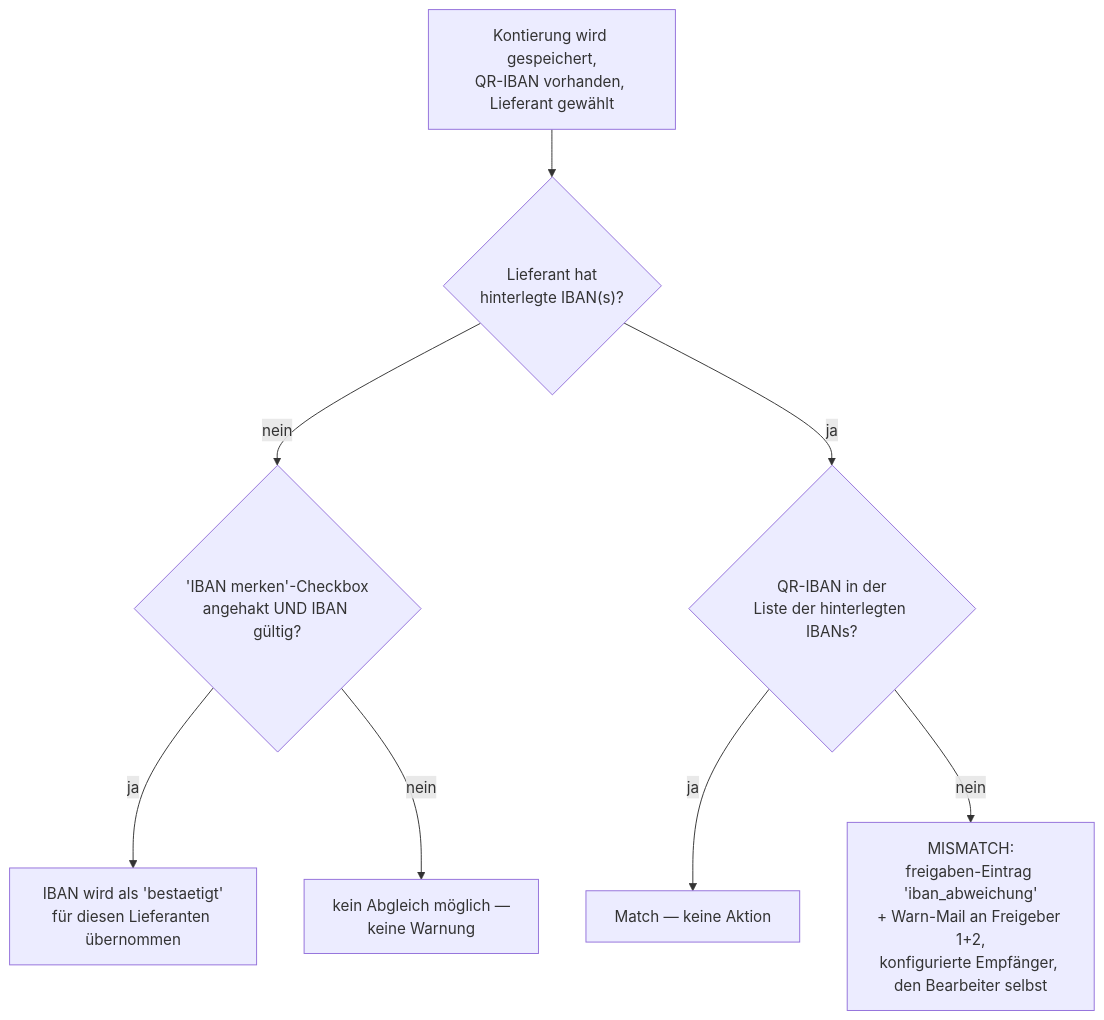
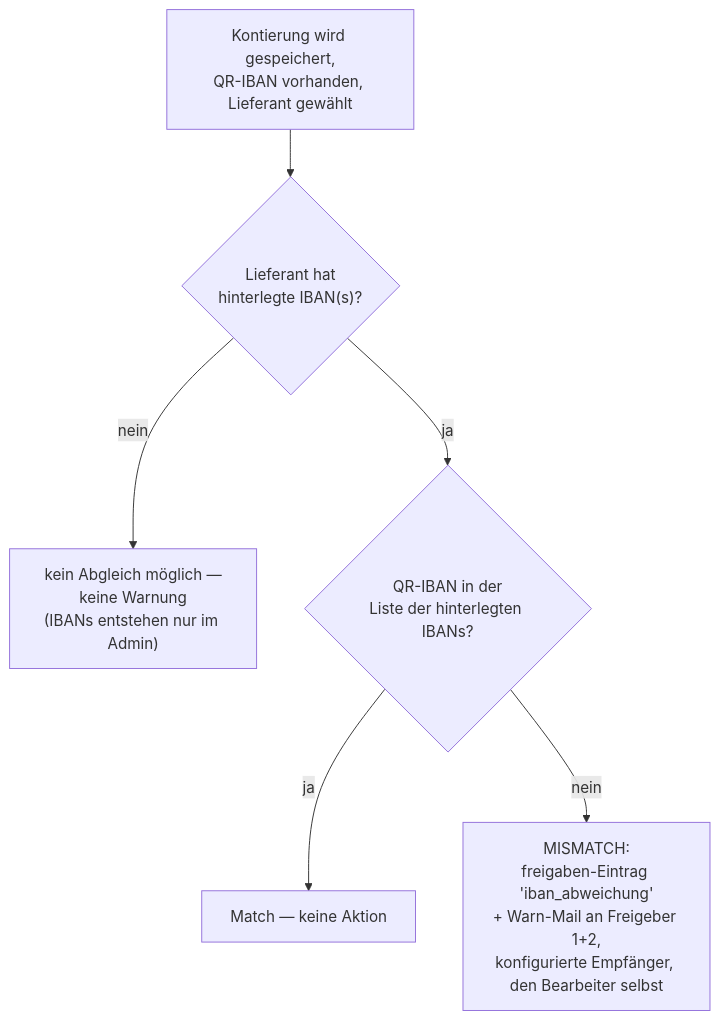
The second of 2 diagrams in docs/qr-bill-und-betrugserkennung.md (rony326/freigabeportal), drawn with Mermaid before and after one commit. The commit also changed other lines of this file and 21 other files, not shown here.

First line of the commit message:
feat: nur Lieferanten mit IBAN sind wählbar; „IBAN merken“ entfernt

````diff
--- a/docs/qr-bill-und-betrugserkennung.md
+++ b/docs/qr-bill-und-betrugserkennung.md
@@ -38,10 +38,8 @@
 ```mermaid
 flowchart TD
     A["Kontierung wird gespeichert,<br/>QR-IBAN vorhanden, Lieferant gewählt"] --> B{"Lieferant hat<br/>hinterlegte IBAN(s)?"}
-    B -- nein --> C{"'IBAN merken'-Checkbox<br/>angehakt UND IBAN gültig?"}
-    C -- ja --> D["IBAN wird als 'bestaetigt'<br/>für diesen Lieferanten übernommen"]
-    C -- nein --> E["kein Abgleich möglich —<br/>keine Warnung"]
+    B -- nein --> E["kein Abgleich möglich —<br/>keine Warnung<br/>(IBANs entstehen nur im Admin)"]
     B -- ja --> F{"QR-IBAN in der<br/>Liste der hinterlegten IBANs?"}
     F -- ja --> G["Match — keine Aktion"]
     F -- nein --> H["MISMATCH:<br/>freigaben-Eintrag 'iban_abweichung'<br/>+ Warn-Mail an Freigeber 1+2,<br/>konfigurierte Empfänger, den Bearbeiter selbst"]
 ```
````
